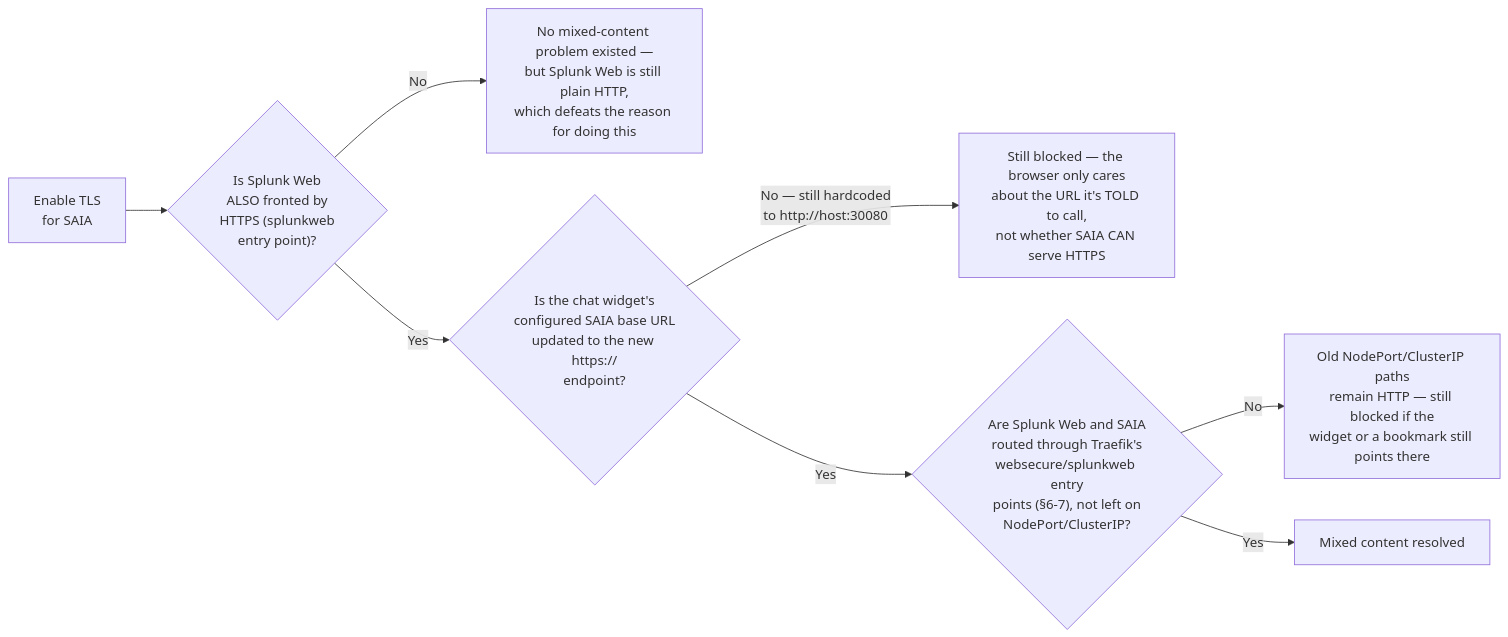
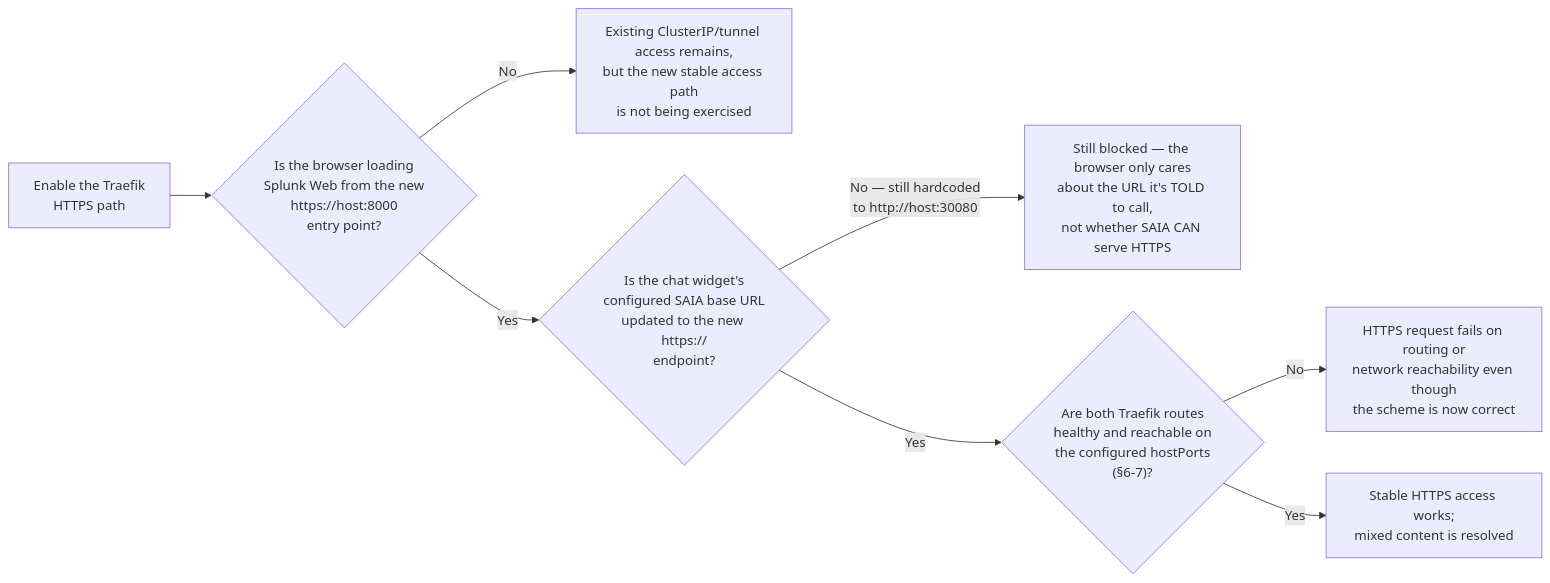
The third of 6 diagrams in tools/cluster_setup/TRAEFIK_HTTPS_DESIGN.md (splunk/splunk-ai-operator), drawn with Mermaid before and after one commit. The commit also changed other lines of this file and 11 other files, not shown here.

Commit message:
fix(cluster_setup): harden Traefik TLS ingress

````diff
--- a/tools/cluster_setup/TRAEFIK_HTTPS_DESIGN.md
+++ b/tools/cluster_setup/TRAEFIK_HTTPS_DESIGN.md
@@ -121,10 +150,10 @@
 ```mermaid
 flowchart LR
-    Fix["Enable TLS<br/>for SAIA"] --> C1{"Is Splunk Web<br/>ALSO fronted by<br/>HTTPS (splunkweb<br/>entry point)?"}
-    C1 -->|"No"| N1["No mixed-content problem existed —\nbut Splunk Web is still plain HTTP,\nwhich defeats the reason for doing this"]
+    Fix["Enable the Traefik<br/>HTTPS path"] --> C1{"Is the browser loading<br/>Splunk Web from the new<br/>https://host:8000<br/>entry point?"}
+    C1 -->|"No"| N1["Existing ClusterIP/tunnel access remains,\nbut the new stable access path\nis not being exercised"]
     C1 -->|"Yes"| C2{"Is the chat widget's\nconfigured SAIA base URL\nupdated to the new https://\nendpoint?"}
     C2 -->|"No — still hardcoded\nto http://host:30080"| N2["Still blocked — the browser only cares\nabout the URL it's TOLD to call,\nnot whether SAIA CAN serve HTTPS"]
-    C2 -->|"Yes"| C3{"Are Splunk Web and SAIA\nrouted through Traefik's\nwebsecure/splunkweb entry\npoints (§6-7), not left on\nNodePort/ClusterIP?"}
-    C3 -->|"No"| N3["Old NodePort/ClusterIP paths\nremain HTTP — still blocked if the\nwidget or a bookmark still points there"]
-    C3 -->|"Yes"| Fixed["Mixed content resolved"]
+    C2 -->|"Yes"| C3{"Are both Traefik routes\nhealthy and reachable on\nthe configured hostPorts\n(§6-7)?"}
+    C3 -->|"No"| N3["HTTPS request fails on routing or\nnetwork reachability even though\nthe scheme is now correct"]
+    C3 -->|"Yes"| Fixed["Stable HTTPS access works;\nmixed content is resolved"]
 ```
````
